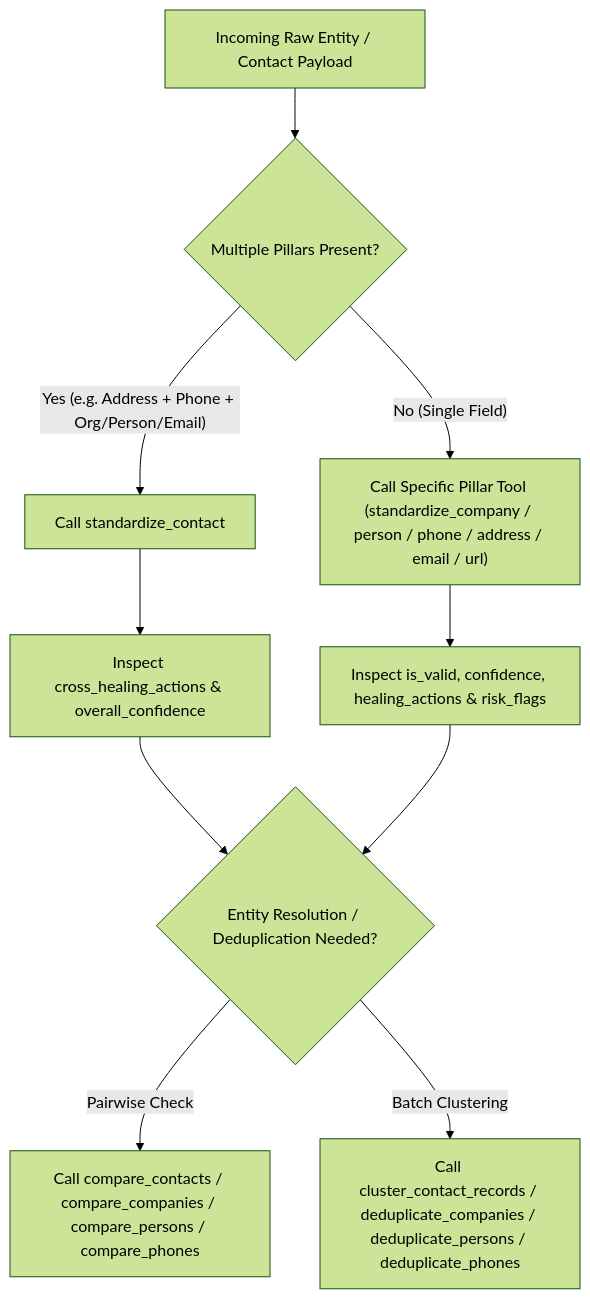
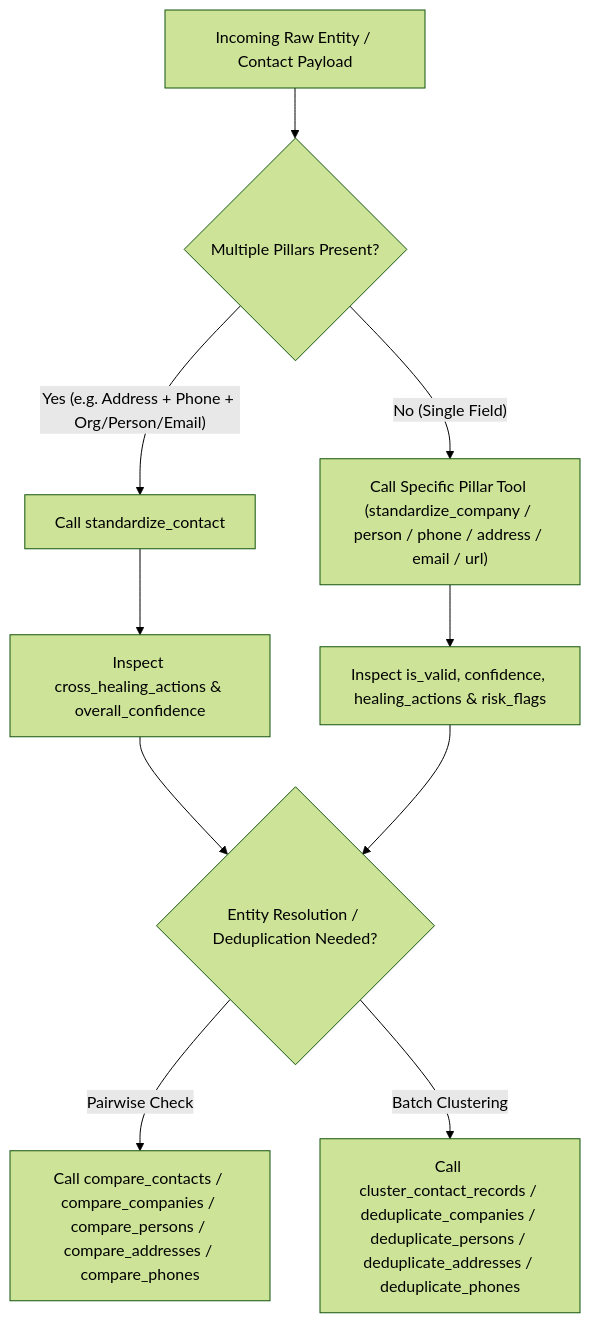
Before and after one commit to Jacob-white/Entity-Standardizer: the diagram in docs/ai_agent_guide.md, drawn with Mermaid (forest theme). The commit also changed other lines of this file and 18 other files, not shown here.

````diff
--- a/docs/ai_agent_guide.md
+++ b/docs/ai_agent_guide.md
@@ -73,12 +81,12 @@
 ```mermaid
 flowchart TD
     A["Incoming Raw Entity / Contact Payload"] --> B{"Multiple Pillars Present?"}
     B -- "Yes (e.g. Address + Phone + Org/Person/Email)" --> C["Call standardize_contact"]
     B -- "No (Single Field)" --> D["Call Specific Pillar Tool (standardize_company / person / phone / address / email / url)"]
     C --> E["Inspect cross_healing_actions & overall_confidence"]
     D --> F["Inspect is_valid, confidence, healing_actions & risk_flags"]
     E --> G{"Entity Resolution / Deduplication Needed?"}
     F --> G
-    G -- "Pairwise Check" --> H["Call compare_contacts / compare_companies / compare_persons / compare_phones"]
-    G -- "Batch Clustering" --> I["Call cluster_contact_records / deduplicate_companies / deduplicate_persons / deduplicate_phones"]
+    G -- "Pairwise Check" --> H["Call compare_contacts / compare_companies / compare_persons / compare_addresses / compare_phones"]
+    G -- "Batch Clustering" --> I["Call cluster_contact_records / deduplicate_companies / deduplicate_persons / deduplicate_addresses / deduplicate_phones"]
 ```
````
